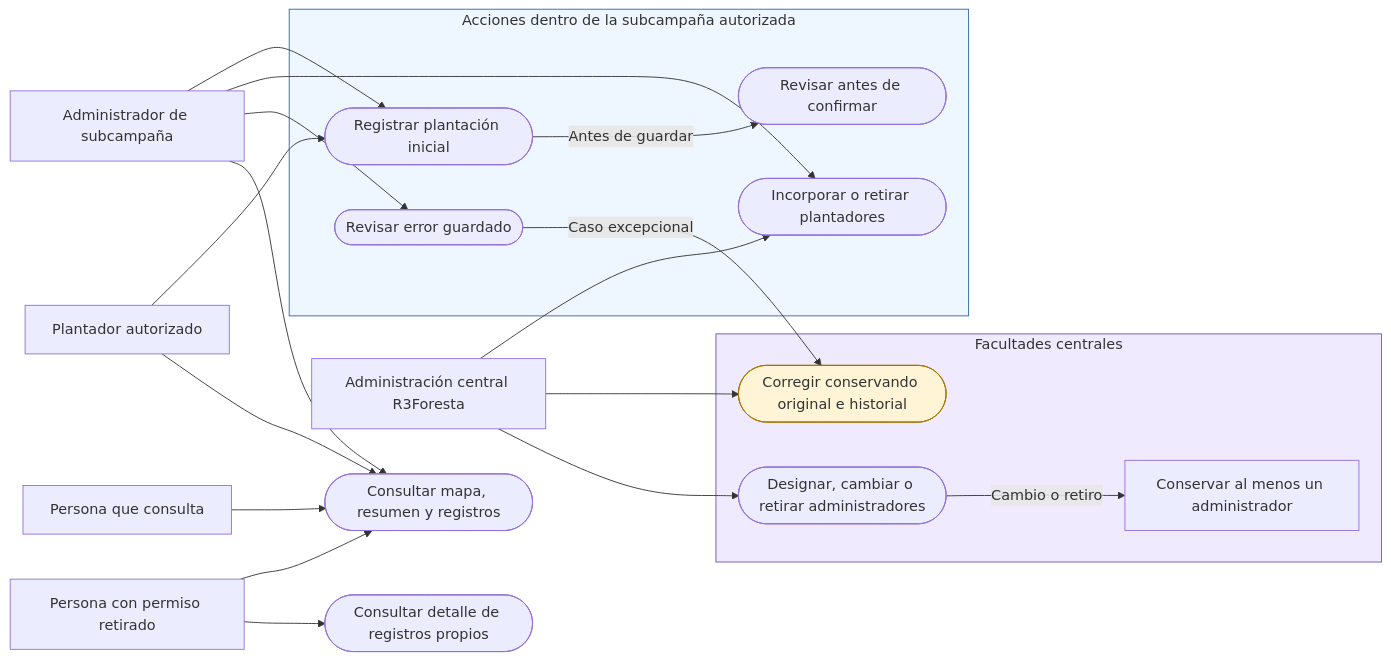
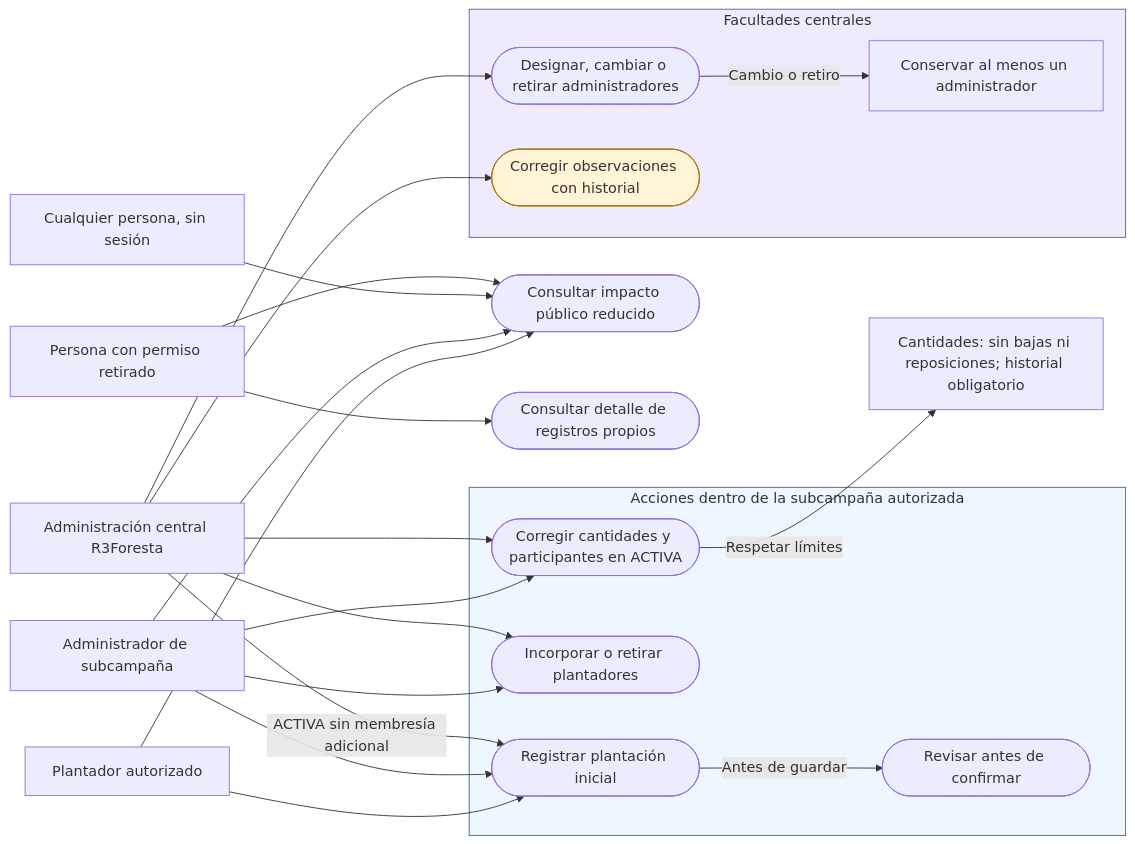
The diagram in specs/plantacion/participacion-aliada/diagramas/PA-D02-casos-uso.mmd (R3foresta/r3foresta-docs), drawn with Mermaid before and after one commit. The commit also changed 44 other files, not shown here.

```diff
--- a/specs/plantacion/participacion-aliada/diagramas/PA-D02-casos-uso.mmd
+++ b/specs/plantacion/participacion-aliada/diagramas/PA-D02-casos-uso.mmd
@@ -1,41 +1,44 @@
 flowchart LR
   r3["Administración central R3Foresta"]
   admin["Administrador de subcampaña"]
   plant["Plantador autorizado"]
-  reader["Persona que consulta"]
+  reader["Cualquier persona, sin sesión"]
   former["Persona con permiso retirado"]
 
   subgraph operations ["Acciones dentro de la subcampaña autorizada"]
     register(["Registrar plantación inicial"])
     review(["Revisar antes de confirmar"])
     manage(["Incorporar o retirar plantadores"])
-    inspect(["Revisar error guardado"])
+    inspect(["Corregir cantidades y participantes en ACTIVA"])
   end
 
   subgraph central ["Facultades centrales"]
     assign(["Designar, cambiar o retirar administradores"])
     protect["Conservar al menos un administrador"]
-    correct(["Corregir conservando original e historial"])
+    correct(["Corregir observaciones con historial"])
   end
 
-  map(["Consultar mapa, resumen y registros"])
+  map(["Consultar impacto público reducido"])
+  limits["Cantidades: sin bajas ni reposiciones; historial obligatorio"]
   own(["Consultar detalle de registros propios"])
 
   plant --> register
   admin --> register
+  r3 -->|"ACTIVA sin membresía adicional"| register
   register -->|"Antes de guardar"| review
   admin --> manage
   r3 --> manage
   admin --> inspect
-  inspect -->|"Caso excepcional"| correct
+  r3 --> inspect
+  inspect -->|"Respetar límites"| limits
   r3 --> correct
   r3 --> assign
   assign -->|"Cambio o retiro"| protect
   plant --> map
   admin --> map
   reader --> map
   former --> map
   former --> own
   style operations fill:#EEF6FF,stroke:#3267A8
   style central fill:#F0EAFE,stroke:#7652A8
   style correct fill:#FFF4D6,stroke:#A87700
```
